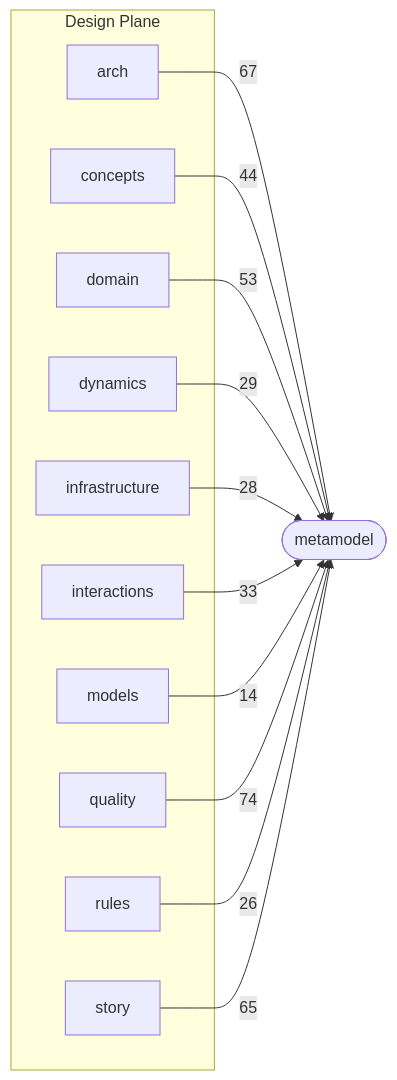
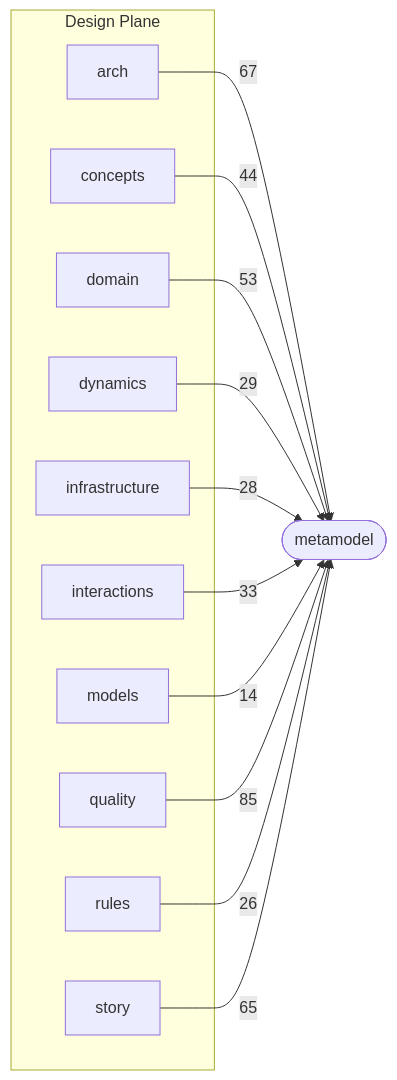
The second of 3 diagrams in docs/schema-atlas/v2.8/layer-map.md (Archally/blueprint-schema), drawn with Mermaid before and after one commit. The commit also changed 3 other files, not shown here.

Commit message:
Schema Atlas: the catalog follows the 2.8.59 schema

````diff
--- a/docs/schema-atlas/v2.8/layer-map.md
+++ b/docs/schema-atlas/v2.8/layer-map.md
@@ -95,26 +95,26 @@
 ```mermaid
 graph LR
     subgraph design_plane["Design Plane"]
         design_arch_schema_yaml["arch"]
         design_concepts_schema_yaml["concepts"]
         design_domain_schema_yaml["domain"]
         design_dynamics_schema_yaml["dynamics"]
         design_infrastructure_schema_yaml["infrastructure"]
         design_interactions_schema_yaml["interactions"]
         design_models_schema_yaml["models"]
         design_quality_schema_yaml["quality"]
         design_rules_schema_yaml["rules"]
         design_story_schema_yaml["story"]
     end
     metamodel_schema_yaml(["metamodel"])
     design_arch_schema_yaml -->|67| metamodel_schema_yaml
     design_concepts_schema_yaml -->|44| metamodel_schema_yaml
     design_domain_schema_yaml -->|53| metamodel_schema_yaml
     design_dynamics_schema_yaml -->|29| metamodel_schema_yaml
     design_infrastructure_schema_yaml -->|28| metamodel_schema_yaml
     design_interactions_schema_yaml -->|33| metamodel_schema_yaml
     design_models_schema_yaml -->|14| metamodel_schema_yaml
-    design_quality_schema_yaml -->|74| metamodel_schema_yaml
+    design_quality_schema_yaml -->|85| metamodel_schema_yaml
     design_rules_schema_yaml -->|26| metamodel_schema_yaml
     design_story_schema_yaml -->|65| metamodel_schema_yaml
 ```
````
